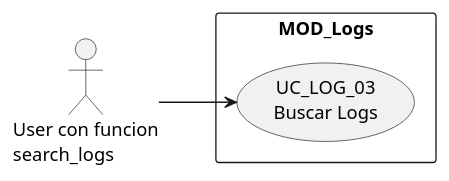
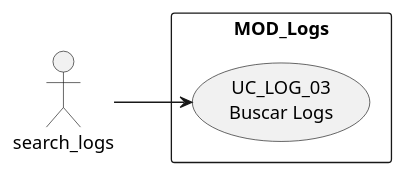
The first of 2 diagrams in source/requisitos/casos-uso/logs/uc-log-03/diagramas-uml.rst (jcg-admin/IACT-docs), drawn with PlantUML before and after one commit. The commit also changed 77 other files, not shown here.

First line of the commit message:
Enforce RBAC function names as actors in all UML diagrams

```diff
--- a/source/requisitos/casos-uso/logs/uc-log-03/diagramas-uml.rst
+++ b/source/requisitos/casos-uso/logs/uc-log-03/diagramas-uml.rst
@@ -10,10 +10,10 @@
 .. uml::
 
  @startuml
  left to right direction
- actor "User con funcion\nsearch_logs" as USR
+ actor "search_logs" as USR
  rectangle "MOD_Logs" {
    usecase "UC_LOG_03\nBuscar Logs" as UC03
  }
  USR --> UC03
  @enduml
```
